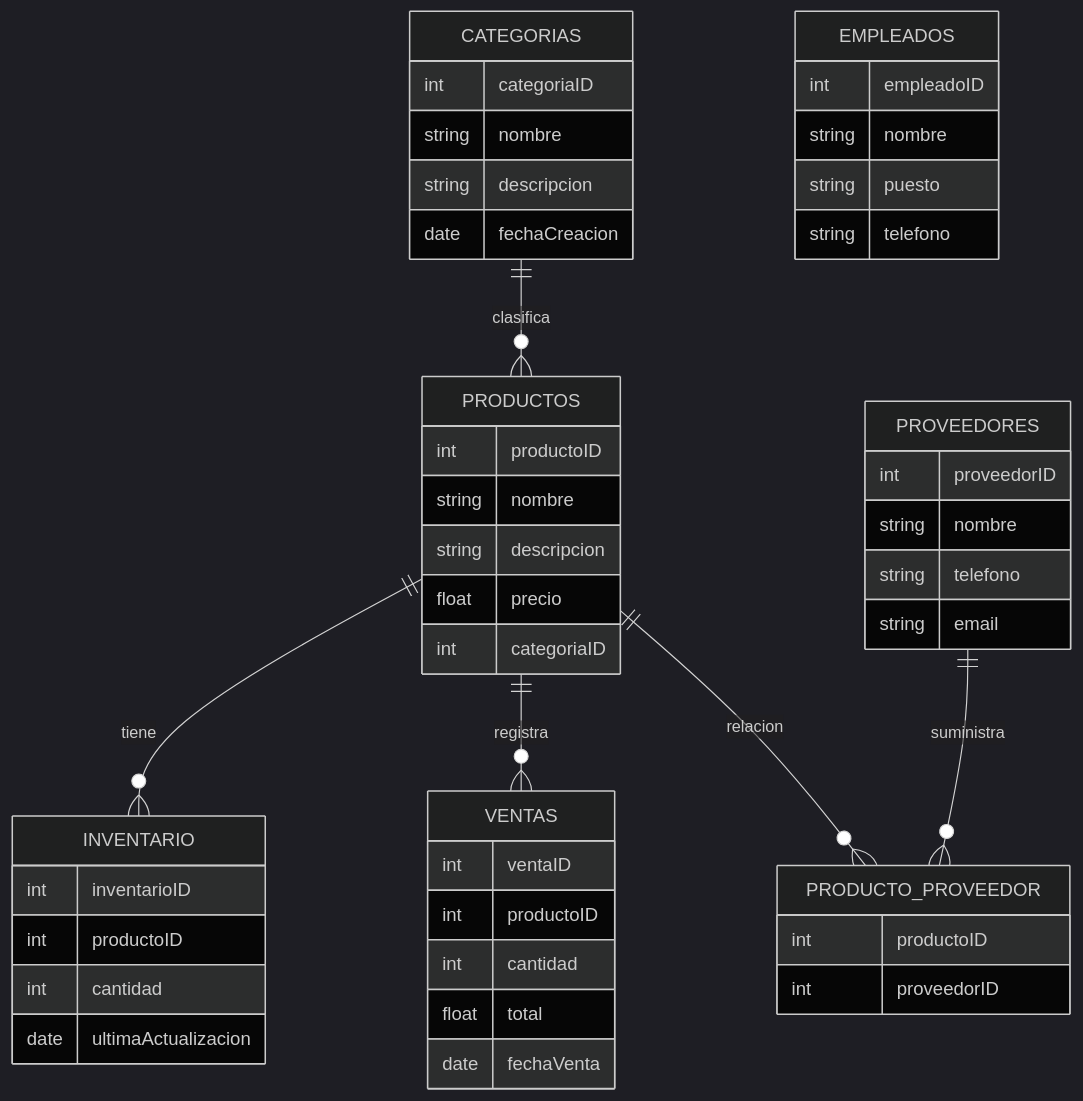
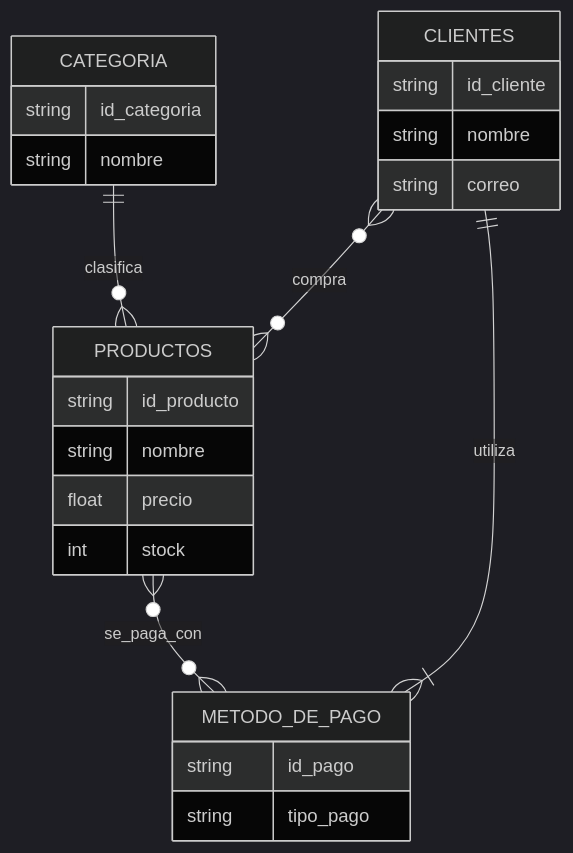
The diagram in README.md (dectorserranodaianam3s2-creator/Tiendavariada-), drawn with Mermaid (dark theme) before and after one commit. The commit also changed other lines of this file, not shown here.

````diff
--- a/README.md
+++ b/README.md
@@ -70,57 +95,31 @@
 ```mermaid
 erDiagram
-    CATEGORIAS {
-        int categoriaID
+
+    CATEGORIA {
+        string id_categoria
         string nombre
-        string descripcion
-        date fechaCreacion
     }
 
     PRODUCTOS {
-        int productoID
+        string id_producto
         string nombre
-        string descripcion
         float precio
-        int categoriaID
+        int stock
     }
 
-    PROVEEDORES {
-        int proveedorID
+    CLIENTES {
+        string id_cliente
         string nombre
-        string telefono
-        string email
+        string correo
     }
 
-    PRODUCTO_PROVEEDOR {
-        int productoID
-        int proveedorID
+    METODO_DE_PAGO {
+        string id_pago
+        string tipo_pago
     }
 
-    INVENTARIO {
-        int inventarioID
-        int productoID
-        int cantidad
-        date ultimaActualizacion
-    }
-
-    VENTAS {
-        int ventaID
-        int productoID
-        int cantidad
-        float total
-        date fechaVenta
-    }
-
-    EMPLEADOS {
-        int empleadoID
-        string nombre
-        string puesto
-        string telefono
-    }
-
-    CATEGORIAS ||--o{ PRODUCTOS : clasifica
-    PRODUCTOS ||--o{ INVENTARIO : tiene
-    PRODUCTOS ||--o{ VENTAS : registra
-    PRODUCTOS ||--o{ PRODUCTO_PROVEEDOR : relacion
-    PROVEEDORES ||--o{ PRODUCTO_PROVEEDOR : suministra
+    CATEGORIA ||--o{ PRODUCTOS : clasifica
+    CLIENTES }o--o{ PRODUCTOS : compra
+    CLIENTES ||--|{ METODO_DE_PAGO : utiliza
+    PRODUCTOS }o--o{ METODO_DE_PAGO : se_paga_con
 ```
````
